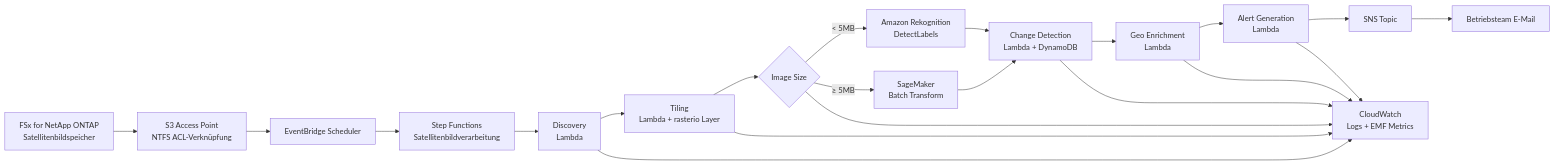
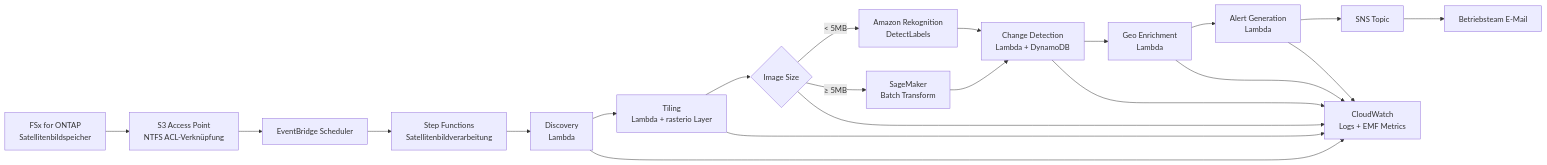
Before and after one commit to Yoshiki0705/FSx-for-ONTAP-S3AccessPoints-Serverless-Patterns: the diagram in defense-satellite/docs/architecture.de.md, drawn with Mermaid. The commit also changed other lines of this file and 597 other files, not shown here.

````diff
--- a/defense-satellite/docs/architecture.de.md
+++ b/defense-satellite/docs/architecture.de.md
@@ -13,18 +13,18 @@
 ```mermaid
 graph LR
-    FSx[FSx for NetApp ONTAP<br/>Satellitenbildspeicher] --> S3AP[S3 Access Point<br/>NTFS ACL-Verknüpfung]
+    FSx[FSx for ONTAP<br/>Satellitenbildspeicher] --> S3AP[S3 Access Point<br/>NTFS ACL-Verknüpfung]
     S3AP --> EB[EventBridge Scheduler]
     EB --> SFN[Step Functions<br/>Satellitenbildverarbeitung]
     SFN --> L1[Discovery<br/>Lambda]
     L1 --> L2[Tiling<br/>Lambda + rasterio Layer]
     L2 --> L3{Image Size}
     L3 -->|< 5MB| Rek[Amazon Rekognition<br/>DetectLabels]
     L3 -->|≥ 5MB| SM[SageMaker<br/>Batch Transform]
     Rek --> L4[Change Detection<br/>Lambda + DynamoDB]
     SM --> L4
     L4 --> L5[Geo Enrichment<br/>Lambda]
     L5 --> L6[Alert Generation<br/>Lambda]
     L6 --> SNS[SNS Topic]
     SNS --> Mail[Betriebsteam E-Mail]
     L1 & L2 & L3 & L4 & L5 & L6 --> CW[CloudWatch<br/>Logs + EMF Metrics]
 ```
````
